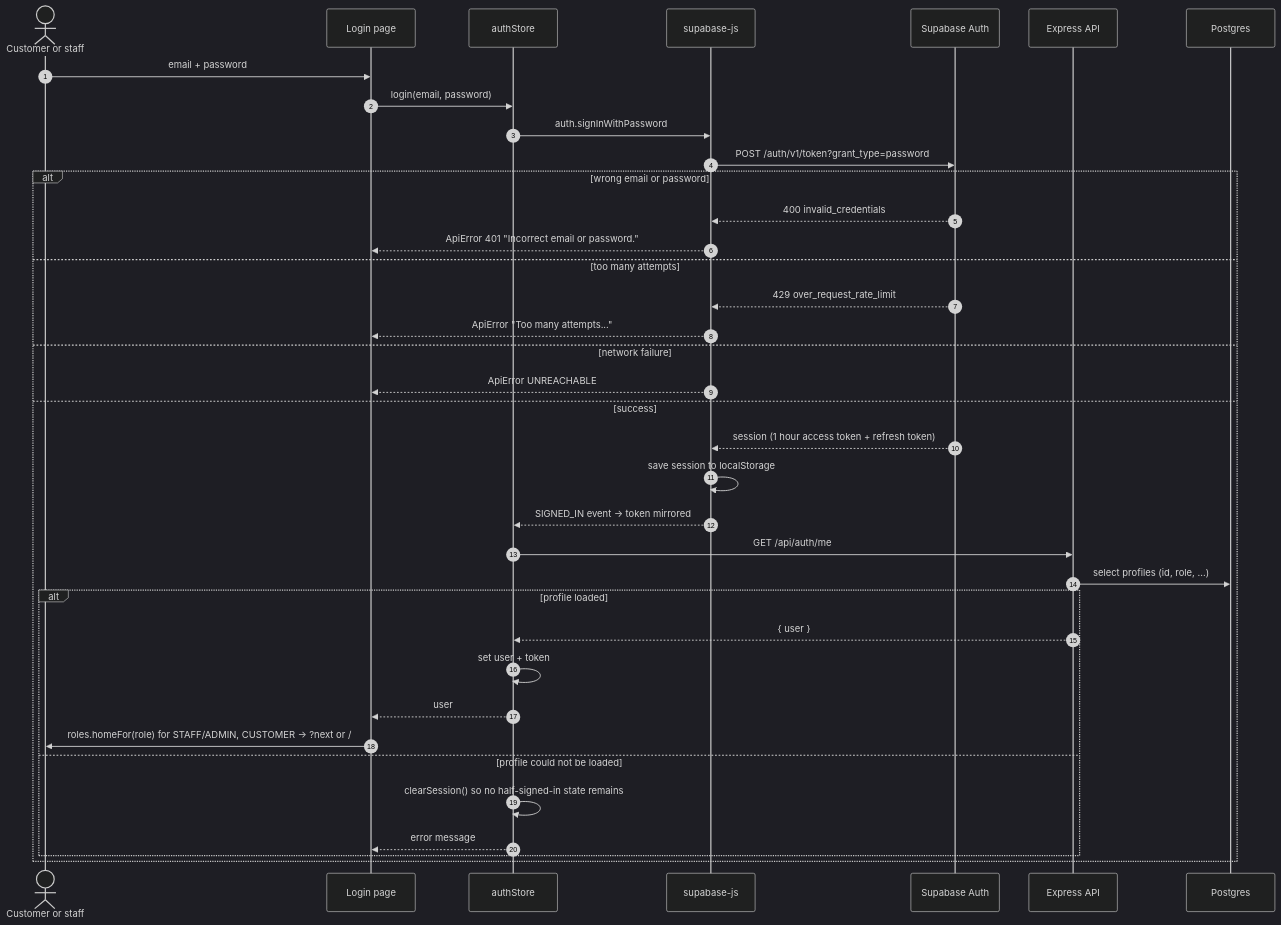
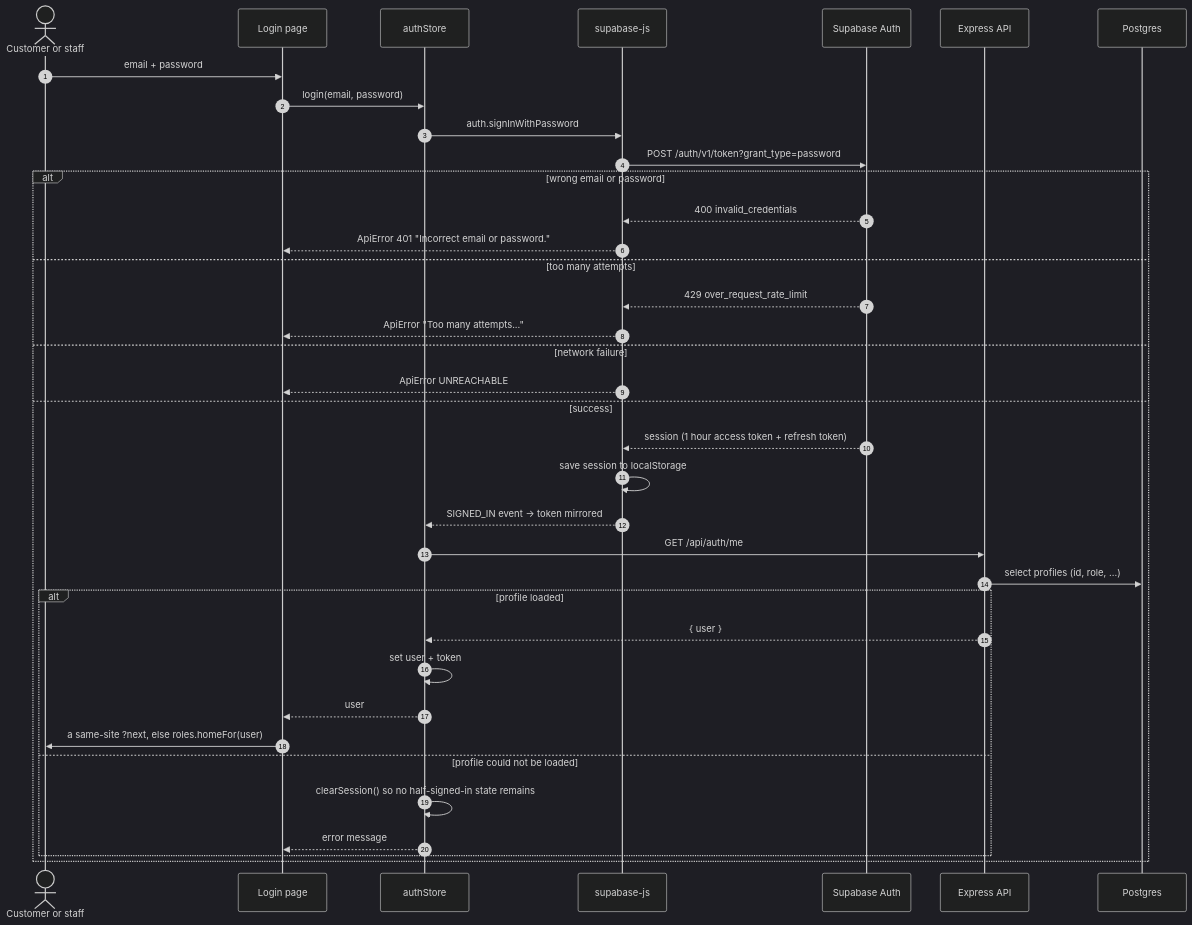
Before and after one commit to The-KhaNha/KhaNha: the fifth of 29 diagrams in docs/ARCHITECTURE.md, drawn with Mermaid (dark theme). The commit also changed other lines of this file and 11 other files, not shown here.

````diff
--- a/docs/ARCHITECTURE.md
+++ b/docs/ARCHITECTURE.md
@@ -255,40 +255,40 @@
 ```mermaid
 sequenceDiagram
   autonumber
   actor U as Customer or staff
   participant Page as Login page
   participant Store as authStore
   participant SB as supabase-js
   participant Auth as Supabase Auth
   participant API as Express API
   participant DB as Postgres
 
   U->>Page: email + password
   Page->>Store: login(email, password)
   Store->>SB: auth.signInWithPassword
   SB->>Auth: POST /auth/v1/token?grant_type=password
   alt wrong email or password
     Auth-->>SB: 400 invalid_credentials
     SB-->>Page: ApiError 401 "Incorrect email or password."
   else too many attempts
     Auth-->>SB: 429 over_request_rate_limit
     SB-->>Page: ApiError "Too many attempts..."
   else network failure
     SB-->>Page: ApiError UNREACHABLE
   else success
     Auth-->>SB: session (1 hour access token + refresh token)
     SB->>SB: save session to localStorage
     SB-->>Store: SIGNED_IN event → token mirrored
     Store->>API: GET /api/auth/me
     API->>DB: select profiles (id, role, ...)
     alt profile loaded
       API-->>Store: { user }
       Store->>Store: set user + token
       Store-->>Page: user
-      Page->>U: roles.homeFor(role) for STAFF/ADMIN, CUSTOMER → ?next or /
+      Page->>U: a same-site ?next, else roles.homeFor(user)
     else profile could not be loaded
       Store->>Store: clearSession() so no half-signed-in state remains
       Store-->>Page: error message
     end
   end
 ```
````
